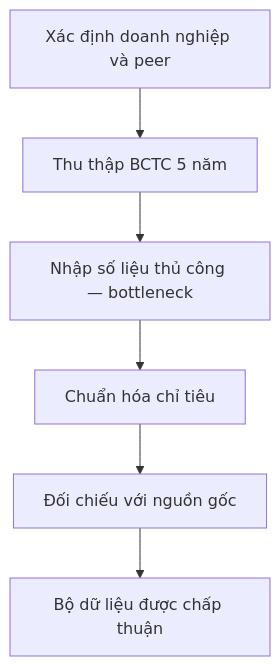
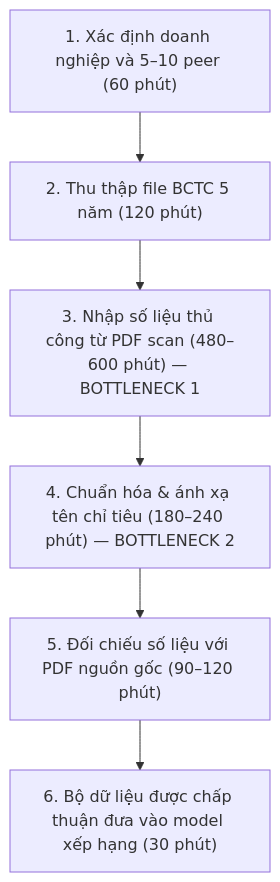
The second of 3 diagrams in report/team/group_report.md (Dovanngoc05/K5-L3A-Day02-ngocquantruonganh-DiscoveryProblemFraming), drawn with Mermaid before and after one commit. The commit also changed other lines of this file, not shown here.

````diff
--- a/report/team/group_report.md
+++ b/report/team/group_report.md
@@ -114,8 +119,8 @@
 ```mermaid
 flowchart TD
-    A["Xác định doanh nghiệp và peer"] --> B["Thu thập BCTC 5 năm"]
-    B --> C["Nhập số liệu thủ công — bottleneck"]
-    C --> D["Chuẩn hóa chỉ tiêu"]
-    D --> E["Đối chiếu với nguồn gốc"]
-    E --> F["Bộ dữ liệu được chấp thuận"]
+    A["1. Xác định doanh nghiệp và 5–10 peer (60 phút)"] --> B["2. Thu thập file BCTC 5 năm (120 phút)"]
+    B --> C["3. Nhập số liệu thủ công từ PDF scan (480–600 phút) — BOTTLENECK 1"]
+    C --> D["4. Chuẩn hóa & ánh xạ tên chỉ tiêu (180–240 phút) — BOTTLENECK 2"]
+    D --> E["5. Đối chiếu số liệu với PDF nguồn gốc (90–120 phút)"]
+    E --> F["6. Bộ dữ liệu được chấp thuận đưa vào model xếp hạng (30 phút)"]
 ```
````
